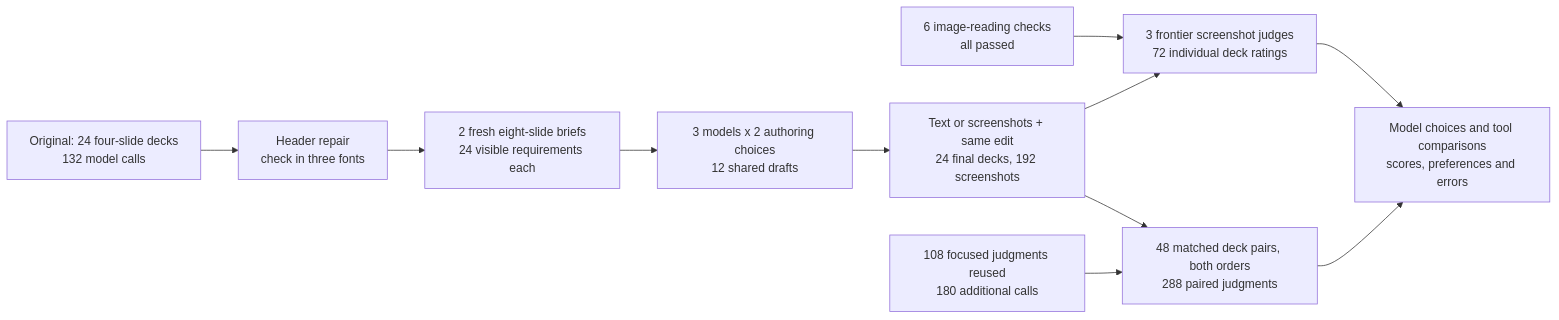
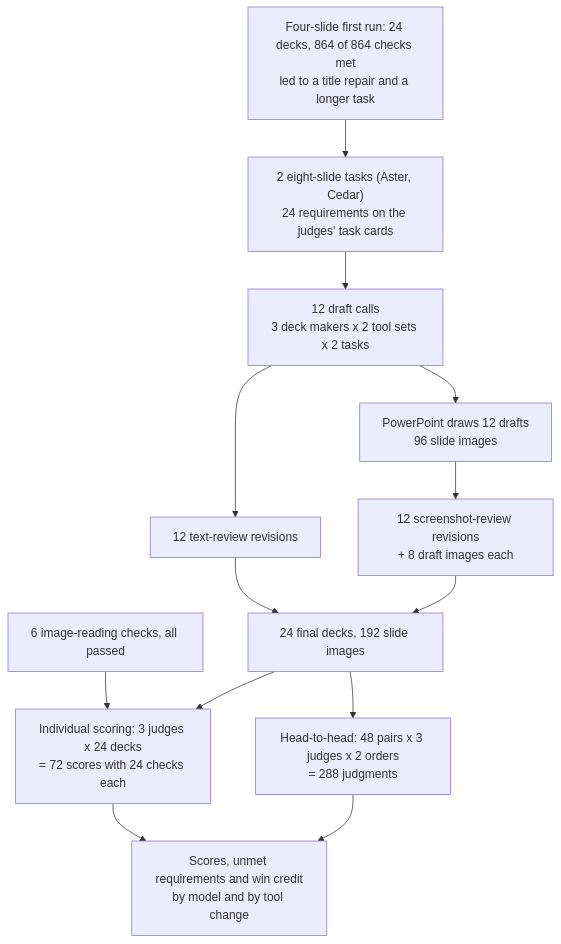
One commit to k-sandhu/experiment-notebooks changed the first of 2 diagrams in notebooks/19-powerpoint-harness/README.md. Above: the diagram before and after it, drawn with Mermaid. The commit also changed other lines of this file and 2 other files, not shown here.

First line of the commit message:
Rewrite notebook 19's README and notebook text into one account

````diff
--- a/notebooks/19-powerpoint-harness/README.md
+++ b/notebooks/19-powerpoint-harness/README.md
@@ -168,13 +110,15 @@
 ```mermaid
-flowchart LR
-    old["Original: 24 four-slide decks<br/>132 model calls"] --> fix["Header repair<br/>check in three fonts"]
-    fix --> data["2 fresh eight-slide briefs<br/>24 visible requirements each"]
-    data --> draft["3 models x 2 authoring choices<br/>12 shared drafts"]
-    draft --> edits["Text or screenshots + same edit<br/>24 final decks, 192 screenshots"]
-    controls["6 image-reading checks<br/>all passed"] --> judges
-    edits --> judges["3 frontier screenshot judges<br/>72 individual deck ratings"]
-    edits --> pairs["48 matched deck pairs, both orders<br/>288 paired judgments"]
-    reused["108 focused judgments reused<br/>180 additional calls"] --> pairs
-    judges --> results["Model choices and tool comparisons<br/>scores, preferences and errors"]
-    pairs --> results
+flowchart TD
+    P["Four-slide first run: 24 decks, 864 of 864 checks met<br/>led to a title repair and a longer task"] --> A
+    A["2 eight-slide tasks (Aster, Cedar)<br/>24 requirements on the judges' task cards"] --> B
+    B["12 draft calls<br/>3 deck makers x 2 tool sets x 2 tasks"] --> R1["PowerPoint draws 12 drafts<br/>96 slide images"]
+    B --> T["12 text-review revisions"]
+    R1 --> V["12 screenshot-review revisions<br/>+ 8 draft images each"]
+    T --> F["24 final decks, 192 slide images"]
+    V --> F
+    K["6 image-reading checks, all passed"] --> S
+    F --> S["Individual scoring: 3 judges x 24 decks<br/>= 72 scores with 24 checks each"]
+    F --> H["Head-to-head: 48 pairs x 3 judges x 2 orders<br/>= 288 judgments"]
+    S --> O["Scores, unmet requirements and win credit<br/>by model and by tool change"]
+    H --> O
 ```
````
